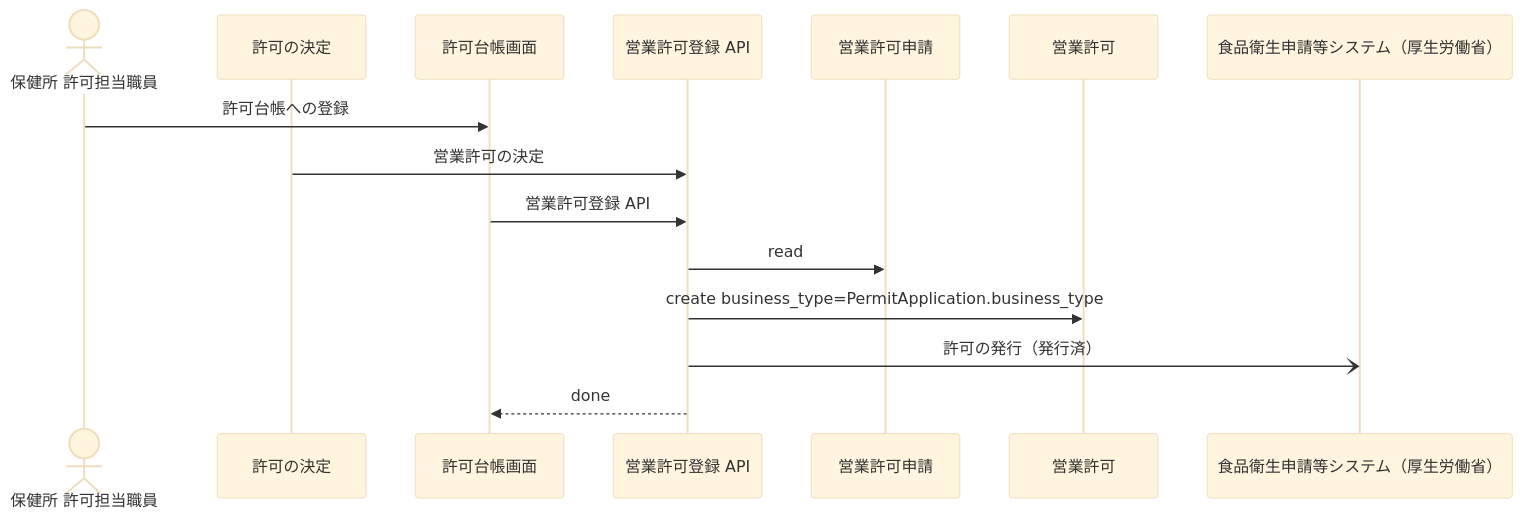
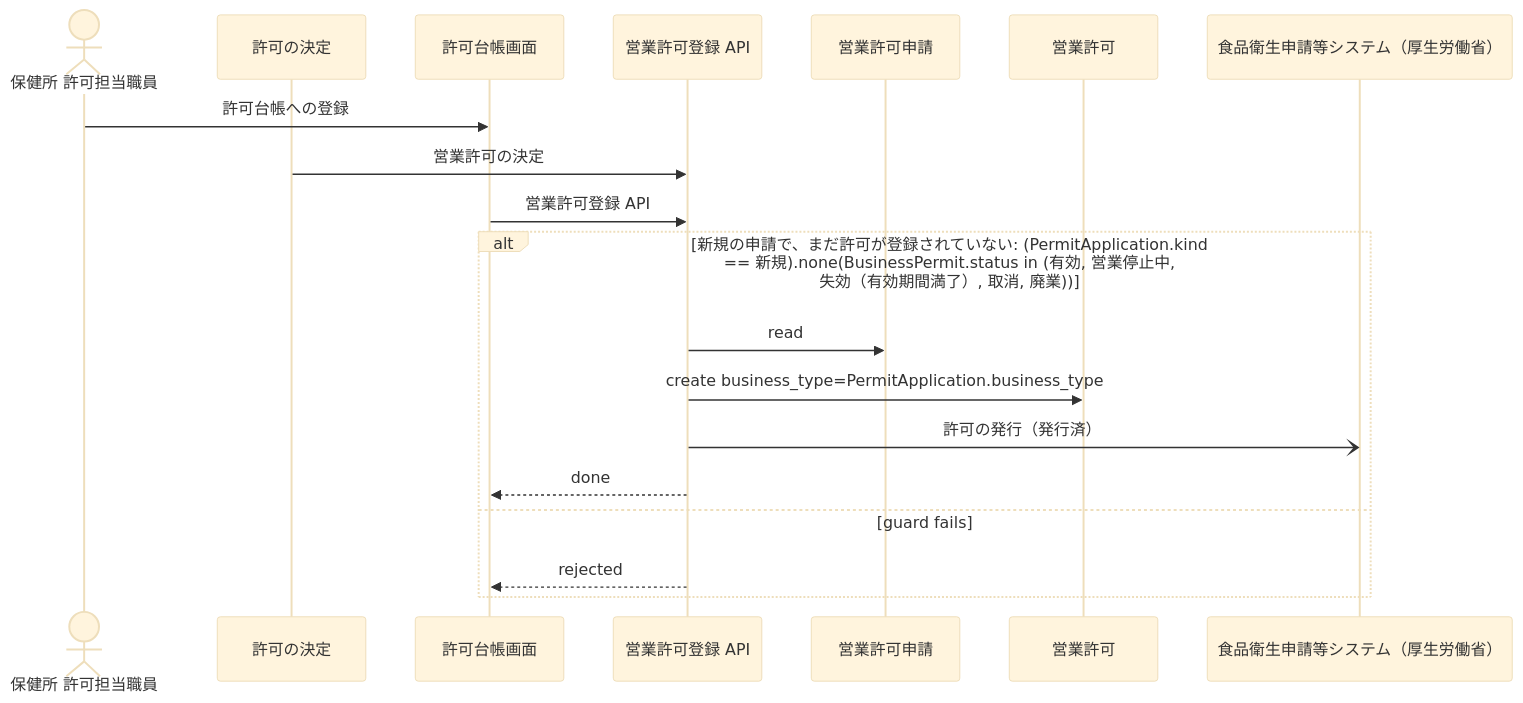
The diagram in samples/food-permit-ops/out/uc/sequence_RegisterPermit.mmd (manji-0/rdra-ish-dsl), drawn with Mermaid (base theme) before and after one commit. The commit also changed 26 other files, not shown here.

```diff
--- a/samples/food-permit-ops/out/uc/sequence_RegisterPermit.mmd
+++ b/samples/food-permit-ops/out/uc/sequence_RegisterPermit.mmd
@@ -1,18 +1,22 @@
 %% rdra-ish diagram=sequence scope=usecase:RegisterPermit model=samples/food-permit-ops
 %% kinds: actor usecase screen api entity extsystem
-%% omitted: buc step medium permission event
+%% omitted: buc step medium permission event condition
 sequenceDiagram
   actor actor__PermitClerk as 保健所 許可担当職員
   participant usecase__GrantPermit as 許可の決定
   participant screen__PermitLedgerScreen as 許可台帳画面
   participant api__PermitRegistrationApi as 営業許可登録 API
   participant entity__PermitApplication as 営業許可申請
   participant entity__BusinessPermit as 営業許可
   participant extsystem__FoodSanitationSystem as 食品衛生申請等システム（厚生労働省）
   actor__PermitClerk ->> screen__PermitLedgerScreen: 許可台帳への登録
   usecase__GrantPermit ->> api__PermitRegistrationApi: 営業許可の決定
   screen__PermitLedgerScreen ->> api__PermitRegistrationApi: 営業許可登録 API
-  api__PermitRegistrationApi ->> entity__PermitApplication: read
-  api__PermitRegistrationApi ->> entity__BusinessPermit: create business_type=PermitApplication.business_type
-  api__PermitRegistrationApi -) extsystem__FoodSanitationSystem: 許可の発行（発行済）
-  api__PermitRegistrationApi -->> screen__PermitLedgerScreen: done
+  alt 新規の申請で、まだ許可が登録されていない: (PermitApplication.kind == 新規).none(BusinessPermit.status in (有効, 営業停止中, 失効（有効期間満了）, 取消, 廃業))
+    api__PermitRegistrationApi ->> entity__PermitApplication: read
+    api__PermitRegistrationApi ->> entity__BusinessPermit: create business_type=PermitApplication.business_type
+    api__PermitRegistrationApi -) extsystem__FoodSanitationSystem: 許可の発行（発行済）
+    api__PermitRegistrationApi -->> screen__PermitLedgerScreen: done
+  else guard fails
+    api__PermitRegistrationApi -->> screen__PermitLedgerScreen: rejected
+  end
```
